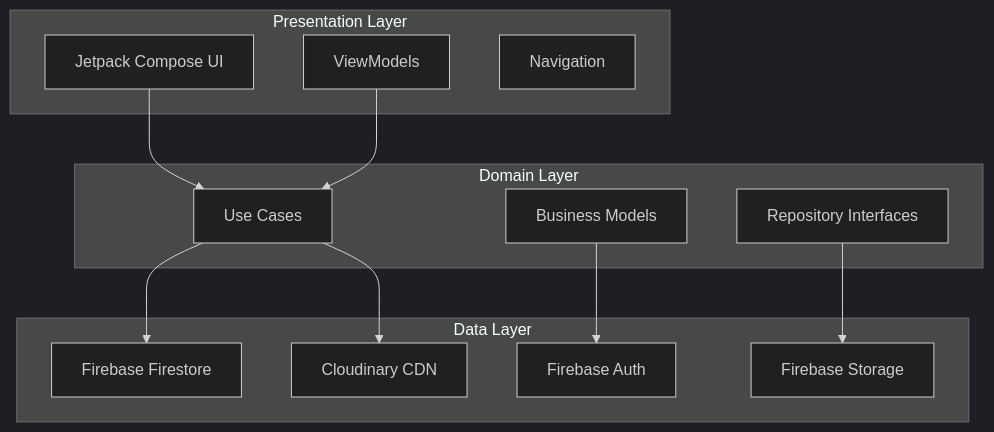
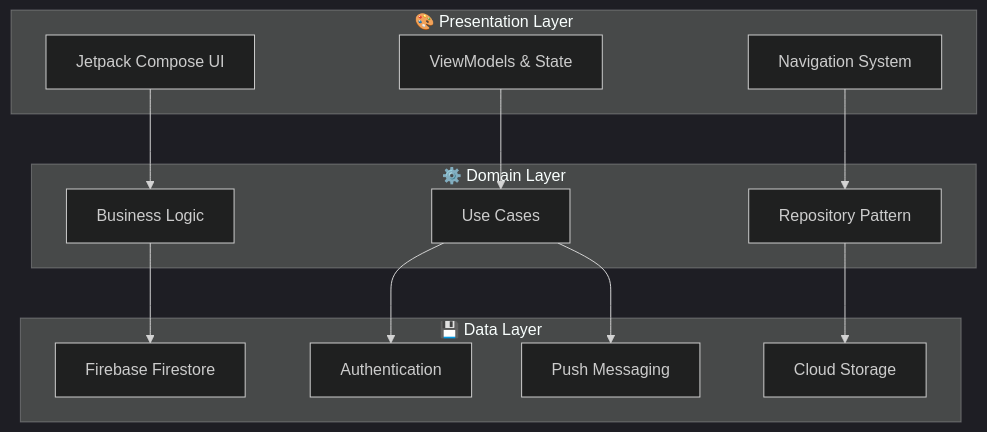
The first of 2 diagrams in README.md (prahlad0007/GEC-B-App), drawn with Mermaid (dark theme) before and after one commit. The commit also changed other lines of this file, not shown here.

````diff
--- a/README.md
+++ b/README.md
@@ -86,28 +85,29 @@
 ```mermaid
 graph TB
-    subgraph "Presentation Layer"
+    subgraph "🎨 Presentation Layer"
         A[Jetpack Compose UI]
-        B[ViewModels]
-        C[Navigation]
+        B[ViewModels & State]
+        C[Navigation System]
     end
     
-    subgraph "Domain Layer"
-        D[Use Cases]
-        E[Business Models]
-        F[Repository Interfaces]
+    subgraph "⚙️ Domain Layer"  
+        D[Business Logic]
+        E[Use Cases]
+        F[Repository Pattern]
     end
     
-    subgraph "Data Layer"
+    subgraph "💾 Data Layer"
         G[Firebase Firestore]
-        H[Firebase Auth]
-        I[Firebase Storage]
-        J[Cloudinary CDN]
+        H[Authentication]
+        I[Cloud Storage]
+        J[Push Messaging]
     end
     
     A --> D
-    B --> D
+    B --> E
+    C --> F
     D --> G
     E --> H
     F --> I
-    D --> J
+    E --> J
 ```
````
